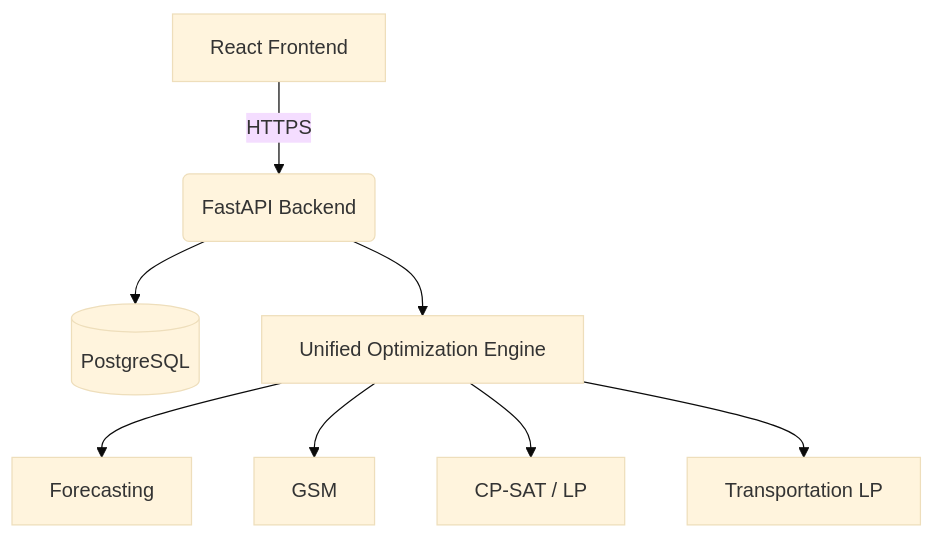
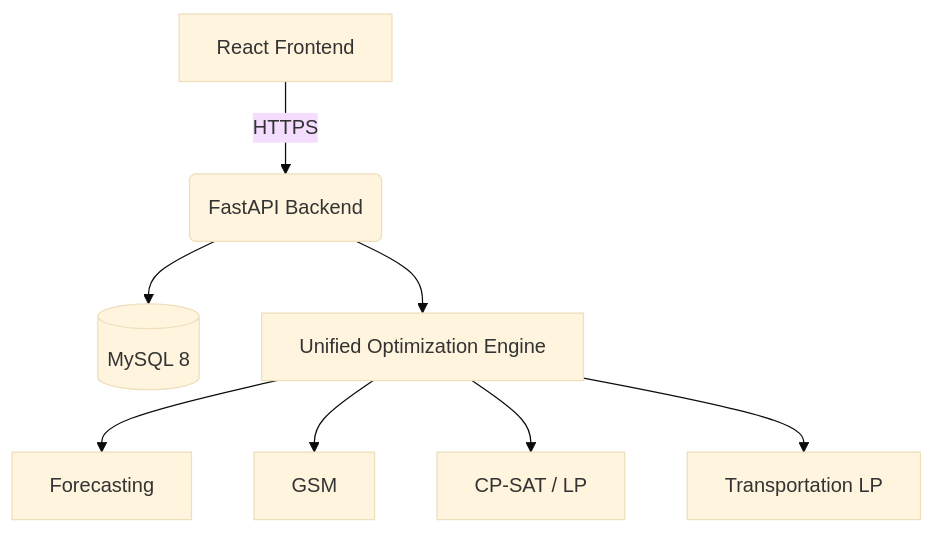
One commit to kavya-7777/unified-inventory-optimizer changed the diagram in README.md. Above: the diagram before and after it, drawn with Mermaid (base theme). The commit also changed other lines of this file and 85 other files, not shown here.

````diff
--- a/README.md
+++ b/README.md
@@ -6,10 +6,10 @@
 ```mermaid
 graph TD
     A[React Frontend] -->|HTTPS| B(FastAPI Backend)
-    B --> C[(PostgreSQL)]
+    B --> C[(MySQL 8)]
     B --> D[Unified Optimization Engine]
     D --> E[Forecasting]
     D --> F[GSM]
     D --> G[CP-SAT / LP]
     D --> H[Transportation LP]
 ```
````
